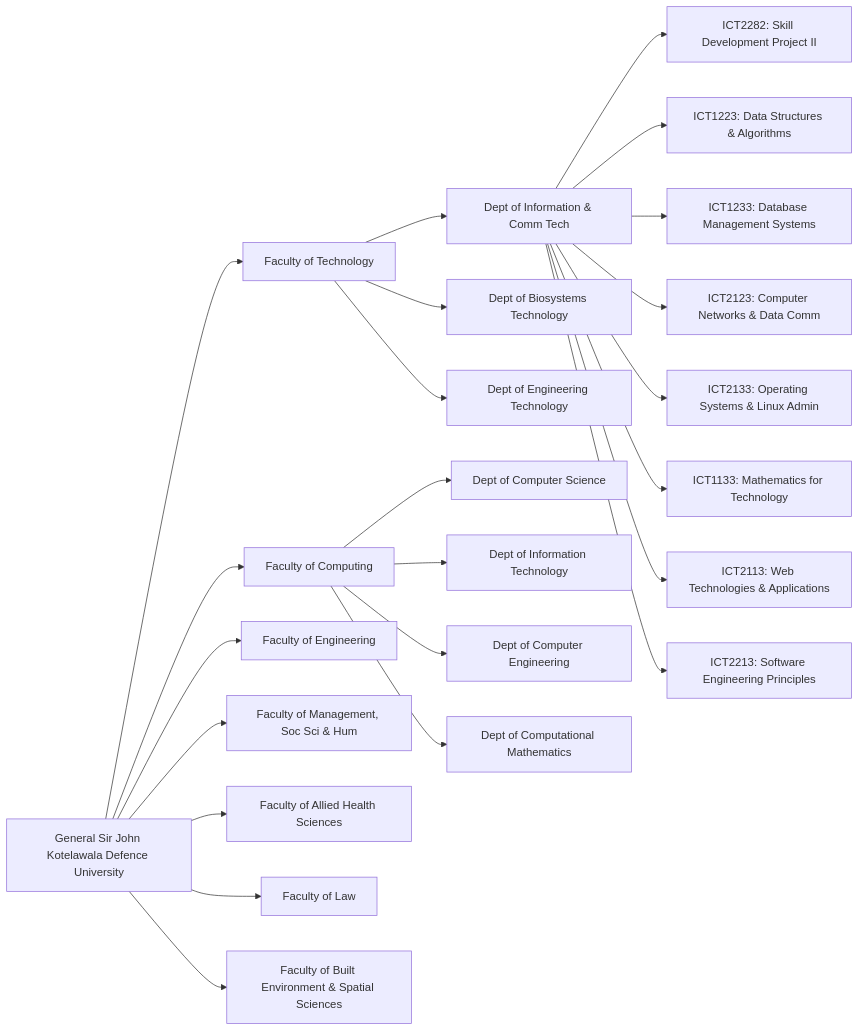
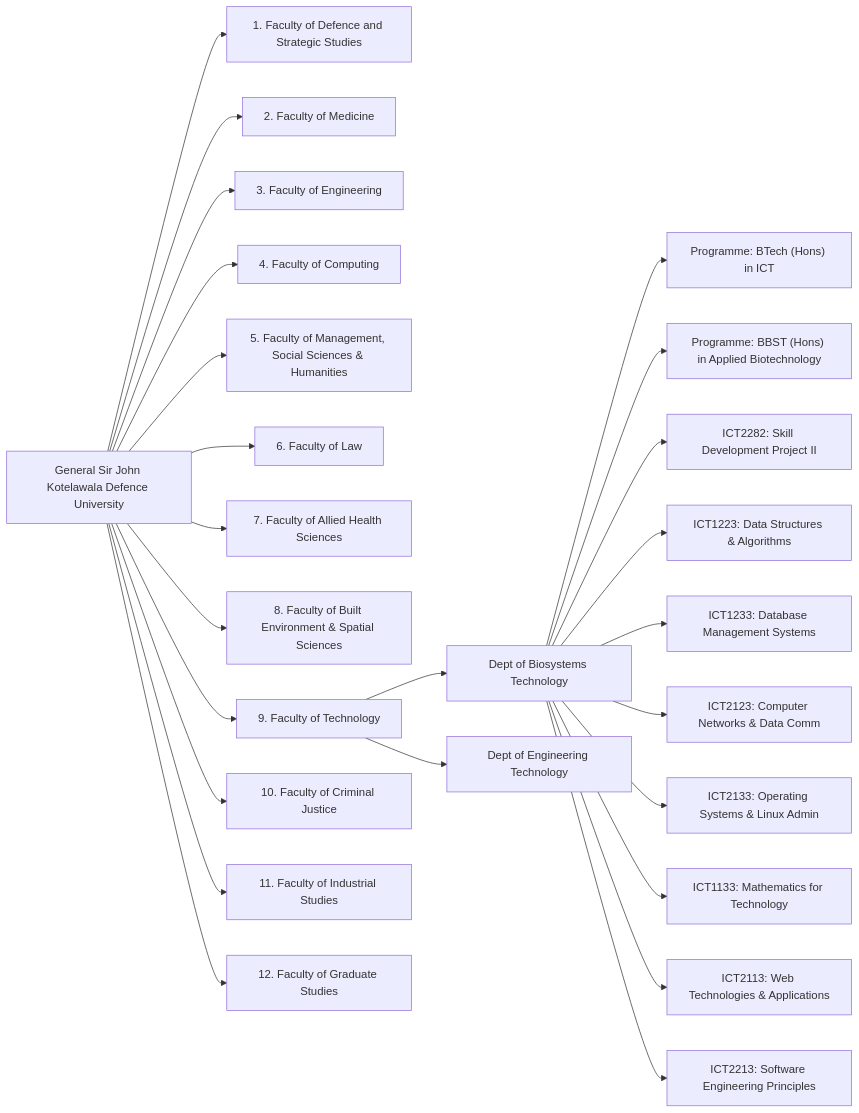
Before and after one commit to hirushadewminabandara/kdu-study-finder: the first of 3 diagrams in README.md, drawn with Mermaid. The commit also changed other lines of this file and 2 other files, not shown here.

Commit message:
fix: remove non-existent Dept of Information and Communication Technology, correct to DBST

````diff
--- a/README.md
+++ b/README.md
@@ -325,28 +325,30 @@
 ```mermaid
 graph LR
-    KDU[General Sir John Kotelawala Defence University] --> FOT[Faculty of Technology]
-    KDU --> FOC[Faculty of Computing]
-    KDU --> FOE[Faculty of Engineering]
-    KDU --> FMSH[Faculty of Management, Soc Sci & Hum]
-    KDU --> FAHS[Faculty of Allied Health Sciences]
-    KDU --> FOL[Faculty of Law]
-    KDU --> FBESS[Faculty of Built Environment & Spatial Sciences]
+    KDU[General Sir John Kotelawala Defence University] --> FDSS[1. Faculty of Defence and Strategic Studies]
+    KDU --> FOM[2. Faculty of Medicine]
+    KDU --> FOE[3. Faculty of Engineering]
+    KDU --> FOC[4. Faculty of Computing]
+    KDU --> FMSH[5. Faculty of Management, Social Sciences & Humanities]
+    KDU --> FOL[6. Faculty of Law]
+    KDU --> FAHS[7. Faculty of Allied Health Sciences]
+    KDU --> FBESS[8. Faculty of Built Environment & Spatial Sciences]
+    KDU --> FOT[9. Faculty of Technology]
+    KDU --> FCJ[10. Faculty of Criminal Justice]
+    KDU --> FIS[11. Faculty of Industrial Studies]
+    KDU --> FGS[12. Faculty of Graduate Studies]
 
-    FOT --> DICT[Dept of Information & Comm Tech]
     FOT --> DBST[Dept of Biosystems Technology]
     FOT --> DET[Dept of Engineering Technology]
 
-    FOC --> DCS[Dept of Computer Science]
-    FOC --> DIT[Dept of Information Technology]
-    FOC --> DCE[Dept of Computer Engineering]
-    FOC --> DCM[Dept of Computational Mathematics]
+    DBST --> P1["Programme: BTech (Hons) in ICT"]
+    DBST --> P2["Programme: BBST (Hons) in Applied Biotechnology"]
 
-    DICT --> M1[ICT2282: Skill Development Project II]
-    DICT --> M2[ICT1223: Data Structures & Algorithms]
-    DICT --> M3[ICT1233: Database Management Systems]
-    DICT --> M4[ICT2123: Computer Networks & Data Comm]
-    DICT --> M5[ICT2133: Operating Systems & Linux Admin]
-    DICT --> M6[ICT1133: Mathematics for Technology]
-    DICT --> M7[ICT2113: Web Technologies & Applications]
-    DICT --> M8[ICT2213: Software Engineering Principles]
+    DBST --> M1[ICT2282: Skill Development Project II]
+    DBST --> M2[ICT1223: Data Structures & Algorithms]
+    DBST --> M3[ICT1233: Database Management Systems]
+    DBST --> M4[ICT2123: Computer Networks & Data Comm]
+    DBST --> M5[ICT2133: Operating Systems & Linux Admin]
+    DBST --> M6[ICT1133: Mathematics for Technology]
+    DBST --> M7[ICT2113: Web Technologies & Applications]
+    DBST --> M8[ICT2213: Software Engineering Principles]
 ```
````
